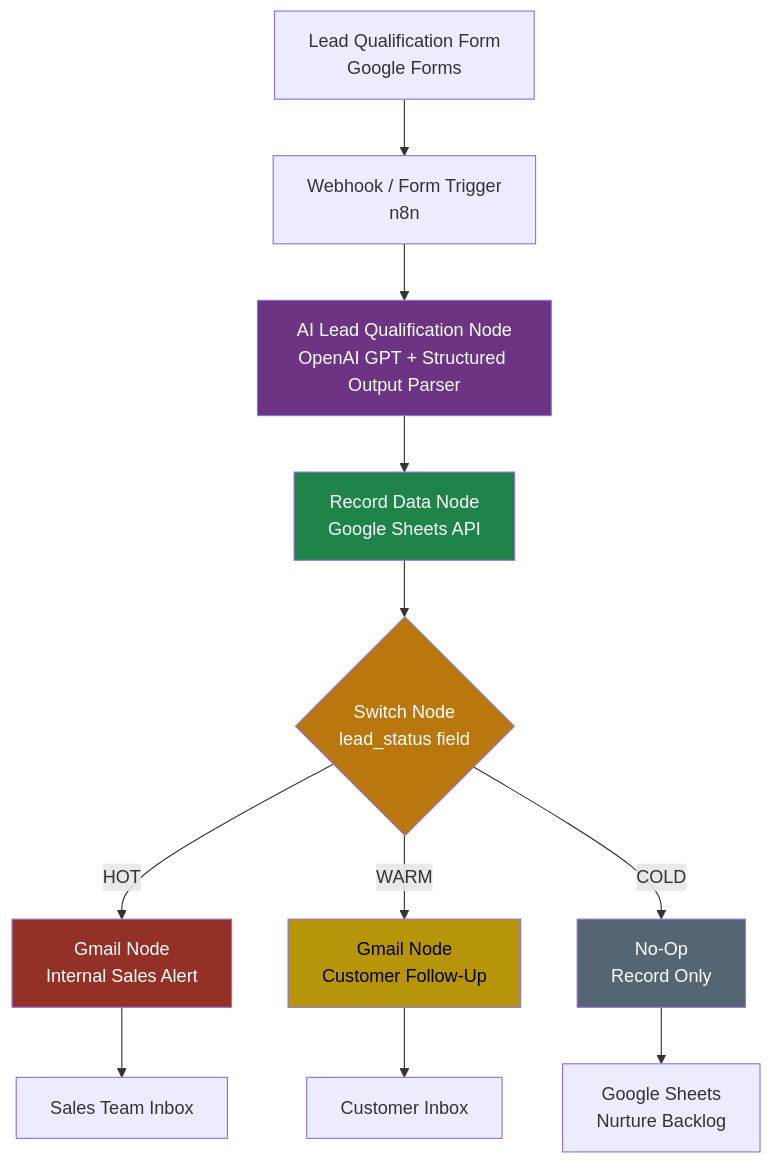
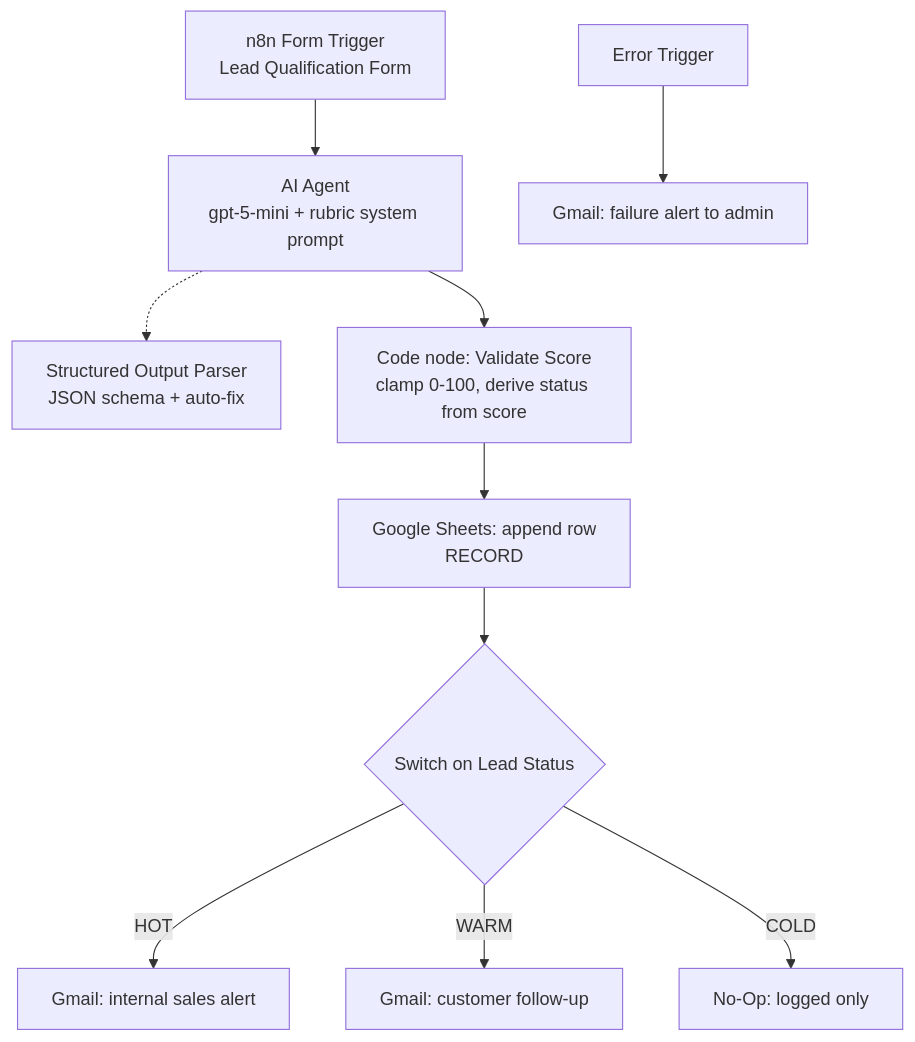
Before and after one commit to abdullahmran-101/Quantifier-AI-Current---Ongoing-: the diagram in README.md, drawn with Mermaid. The commit also changed other lines of this file, not shown here.

````diff
--- a/README.md
+++ b/README.md
@@ -35,20 +25,12 @@
 ```mermaid
 flowchart TD
-    A[Lead Qualification Form<br/>Google Forms] --> B[Webhook / Form Trigger<br/>n8n]
-    B --> C[AI Lead Qualification Node<br/>OpenAI GPT + Structured Output Parser]
-    C --> D[Record Data Node<br/>Google Sheets API]
-    D --> E{Switch Node<br/>lead_status field}
-    E -->|HOT| F[Gmail Node<br/>Internal Sales Alert]
-    E -->|WARM| G[Gmail Node<br/>Customer Follow-Up]
-    E -->|COLD| H[No-Op<br/>Record Only]
-    F --> I[Sales Team Inbox]
-    G --> J[Customer Inbox]
-    H --> K[Google Sheets<br/>Nurture Backlog]
-
-    style C fill:#6C3483,color:#fff
-    style D fill:#1E8449,color:#fff
-    style E fill:#B9770E,color:#fff
-    style F fill:#943126,color:#fff
-    style G fill:#B7950B,color:#000
-    style H fill:#566573,color:#fff
+    A[n8n Form Trigger<br/>Lead Qualification Form] --> B[AI Agent<br/>gpt-5-mini + rubric system prompt]
+    B -.-> P[Structured Output Parser<br/>JSON schema + auto-fix]
+    B --> C[Code node: Validate Score<br/>clamp 0-100, derive status from score]
+    C --> D[Google Sheets: append row<br/>RECORD]
+    D --> E{Switch on Lead Status}
+    E -->|HOT| F[Gmail: internal sales alert]
+    E -->|WARM| G[Gmail: customer follow-up]
+    E -->|COLD| H[No-Op: logged only]
+    X[Error Trigger] --> Y[Gmail: failure alert to admin]
 ```
````
